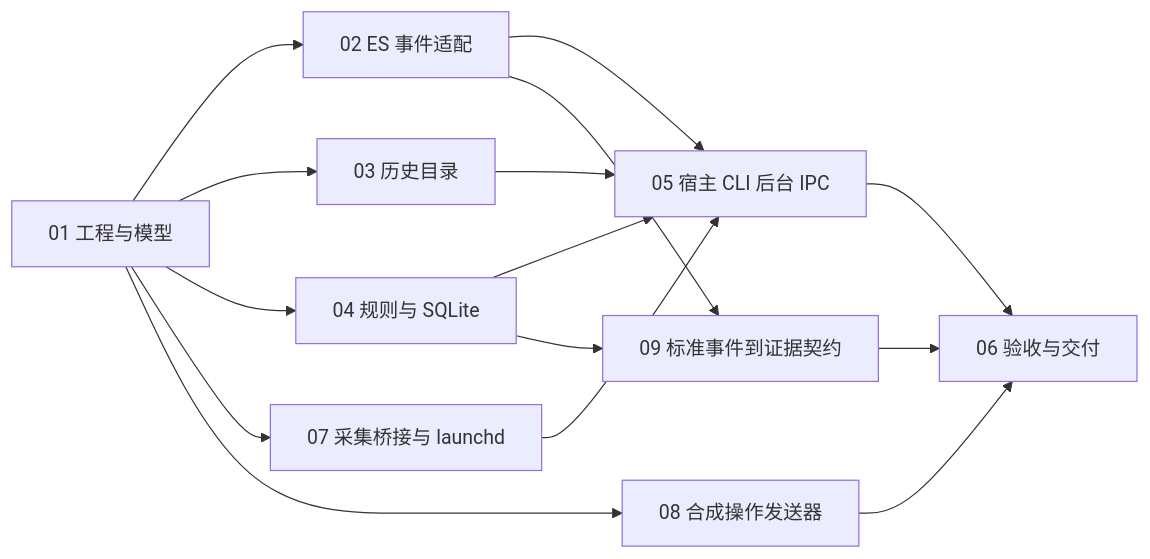
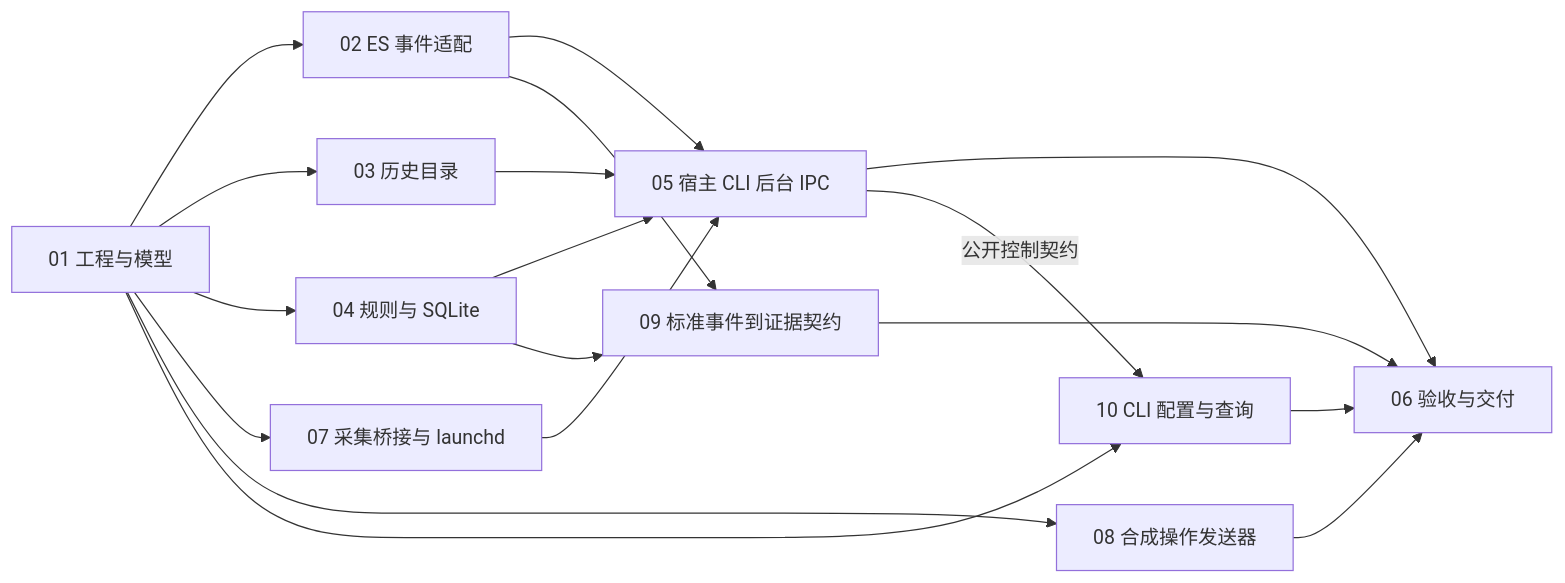
Before and after one commit to lolipop-1x1/CodePerimeter: the diagram in .scratch/activity-monitor-mvp/implementation-contract.md, drawn with Mermaid. The commit also changed other lines of this file and 2 other files, not shown here.

Commit message:
chore: split CLI entrypoint from runtime host task

````diff
--- a/.scratch/activity-monitor-mvp/implementation-contract.md
+++ b/.scratch/activity-monitor-mvp/implementation-contract.md
@@ -8,17 +8,20 @@
 ```mermaid
 flowchart LR
   T01[01 工程与模型] --> T02[02 ES 事件适配]
   T01 --> T03[03 历史目录]
   T01 --> T04[04 规则与 SQLite]
   T01 --> T07[07 采集桥接与 launchd]
   T01 --> T08[08 合成操作发送器]
   T02 --> T05[05 宿主 CLI 后台 IPC]
   T03 --> T05
   T04 --> T05
   T07 --> T05
   T05 --> T06[06 验收与交付]
   T08 --> T06
   T02 --> T09[09 标准事件到证据契约]
   T04 --> T09
   T09 --> T06
+  T01 --> T10[10 CLI 配置与查询]
+  T05 -->|公开控制契约| T10
+  T10 --> T06
 ```
````
